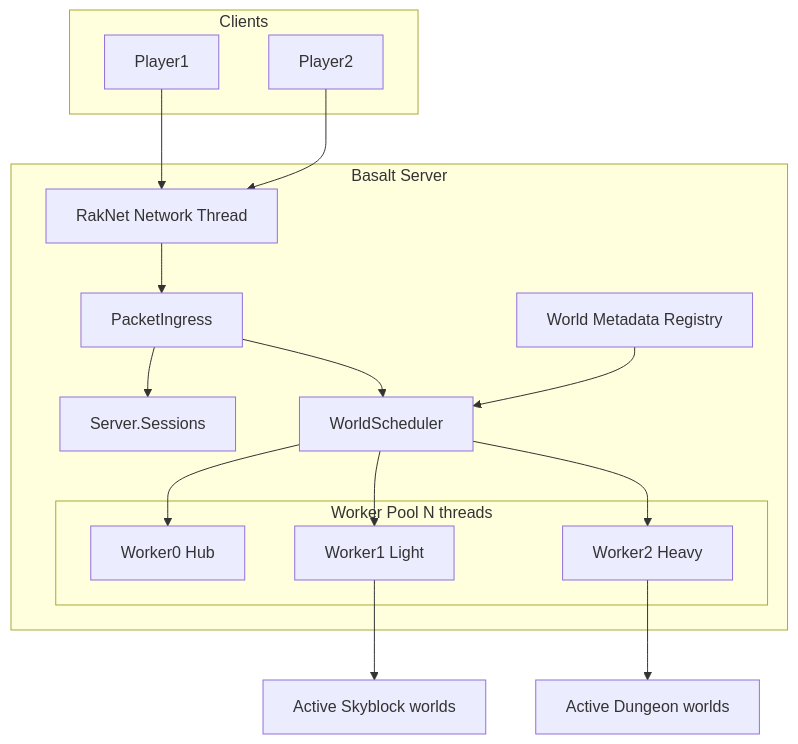
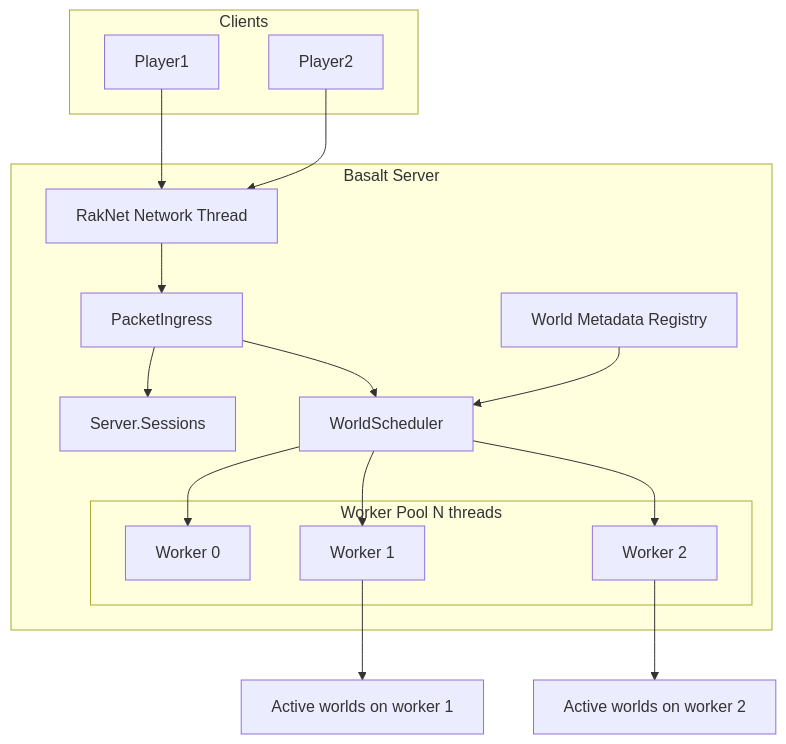
The first of 2 diagrams in docs/architecture/world-scheduler/README.md (yPerfectBR/Basalt), drawn with Mermaid before and after one commit. The commit also changed other lines of this file and 5 other files, not shown here.

````diff
--- a/docs/architecture/world-scheduler/README.md
+++ b/docs/architecture/world-scheduler/README.md
@@ -22,33 +22,33 @@
 ```mermaid
 flowchart TB
     subgraph clients [Clients]
         C1[Player1]
         C2[Player2]
     end
 
     subgraph server [Basalt Server]
         RakNet[RakNet Network Thread]
         Ingress[PacketIngress]
         Sessions[Server.Sessions]
         Sched[WorldScheduler]
         Registry[World Metadata Registry]
 
         subgraph pool [Worker Pool N threads]
-            W0[Worker0 Hub]
-            W1[Worker1 Light]
-            W2[Worker2 Heavy]
+            W0[Worker 0]
+            W1[Worker 1]
+            W2[Worker 2]
         end
     end
 
     C1 --> RakNet
     C2 --> RakNet
     RakNet --> Ingress
     Ingress --> Sessions
     Ingress --> Sched
     Sched --> W0
     Sched --> W1
     Sched --> W2
     Registry --> Sched
-    W1 --> ActiveLight[Active Skyblock worlds]
-    W2 --> ActiveHeavy[Active Dungeon worlds]
+    W1 --> ActiveA[Active worlds on worker 1]
+    W2 --> ActiveB[Active worlds on worker 2]
 ```
````
